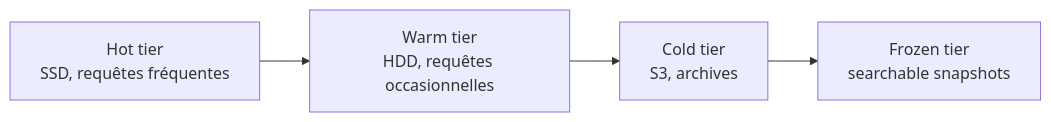
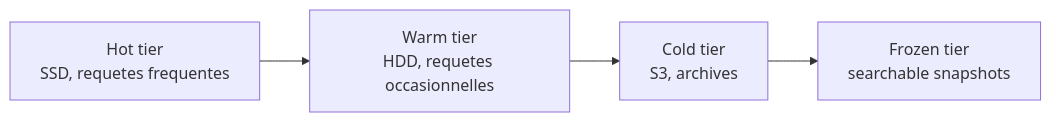
One commit to haythem-rehouma/Elastic-Search-0 changed the fourth of 4 diagrams in docs2-cours1/18-annexe-architectures-avancees.md. Above: the diagram before and after it, drawn with Mermaid. The commit also changed other lines of this file and 49 other files, not shown here.

````diff
--- a/docs2-cours1/18-annexe-architectures-avancees.md
+++ b/docs2-cours1/18-annexe-architectures-avancees.md
@@ -205,6 +205,6 @@
 ```mermaid
 flowchart LR
-    HOT[Hot tier<br/>SSD, requêtes fréquentes] --> WARM[Warm tier<br/>HDD, requêtes occasionnelles]
-    WARM --> COLD[Cold tier<br/>S3, archives]
-    COLD --> FROZEN[Frozen tier<br/>searchable snapshots]
+    HOT["Hot tier<br/>SSD, requetes frequentes"] --> WARM["Warm tier<br/>HDD, requetes occasionnelles"]
+    WARM --> COLD["Cold tier<br/>S3, archives"]
+    COLD --> FROZEN["Frozen tier<br/>searchable snapshots"]
 ```
````
